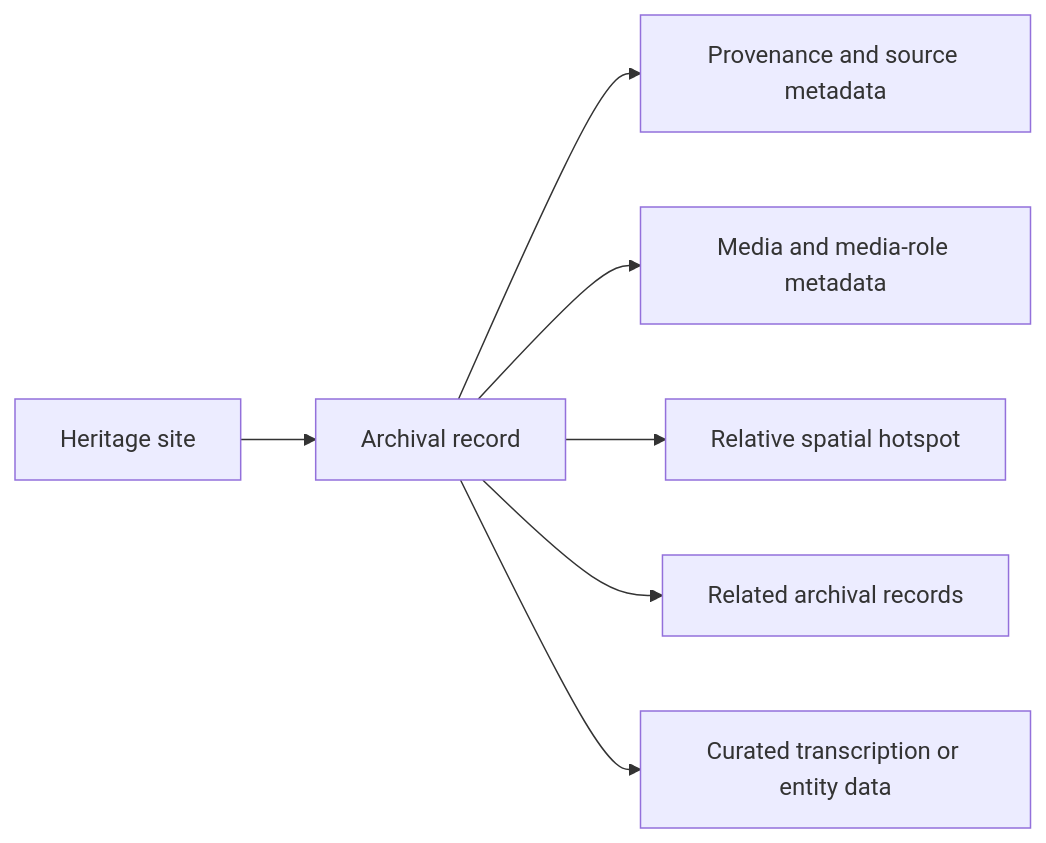
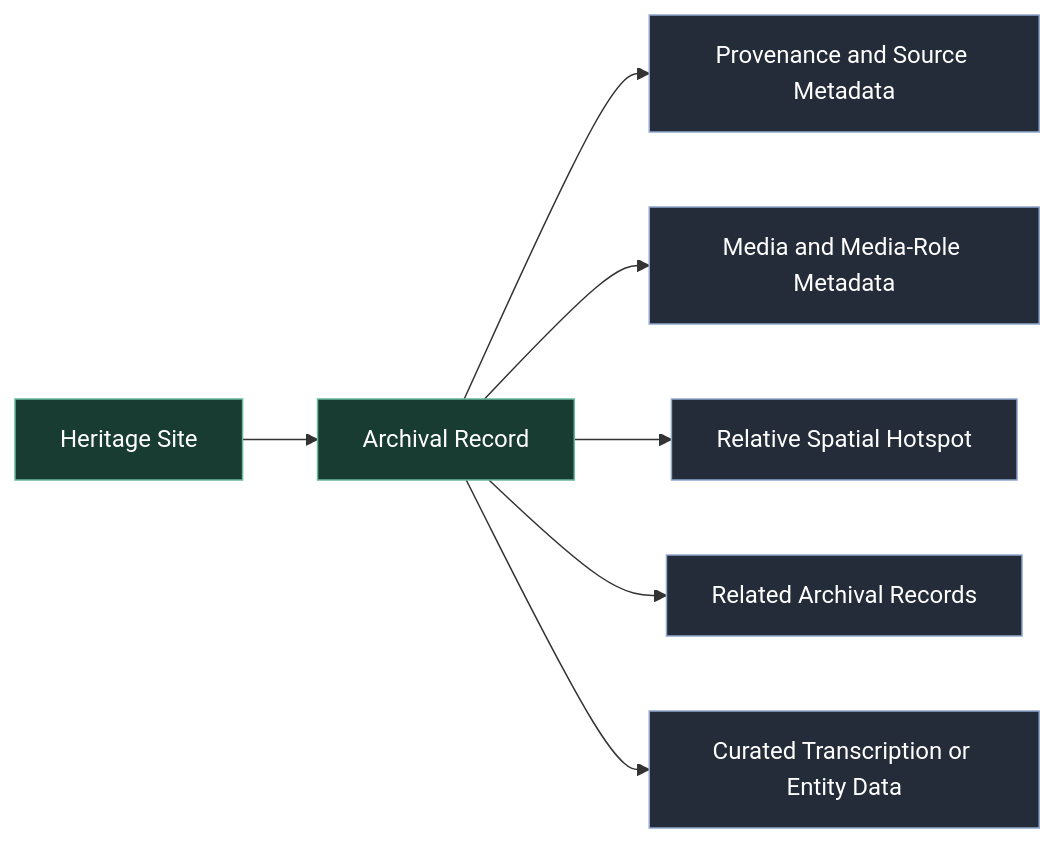
The second of 2 diagrams in README.md (shreyamcoder-vibe/ATEET), drawn with Mermaid before and after one commit. The commit also changed other lines of this file, not shown here.

````diff
--- a/README.md
+++ b/README.md
@@ -213,9 +203,16 @@
-``` mermaid
+```mermaid
 flowchart LR
-    Site["Heritage site"] --> Record["Archival record"]
-    Record --> Provenance["Provenance and source metadata"]
-    Record --> Media["Media and media-role metadata"]
-    Record --> Spatial["Relative spatial hotspot"]
-    Record --> Related["Related archival records"]
-    Record --> Curated["Curated transcription or entity data"]
+    Site["Heritage Site"] --> Record["Archival Record"]
+
+    Record --> Provenance["Provenance and Source Metadata"]
+    Record --> Media["Media and Media-Role Metadata"]
+    Record --> Spatial["Relative Spatial Hotspot"]
+    Record --> Related["Related Archival Records"]
+    Record --> Curated["Curated Transcription or Entity Data"]
+
+    classDef core fill:#183b32,stroke:#68b99b,color:#ffffff
+    classDef metadata fill:#252c39,stroke:#91a8cf,color:#ffffff
+
+    class Site,Record core
+    class Provenance,Media,Spatial,Related,Curated metadata
 ```
````
